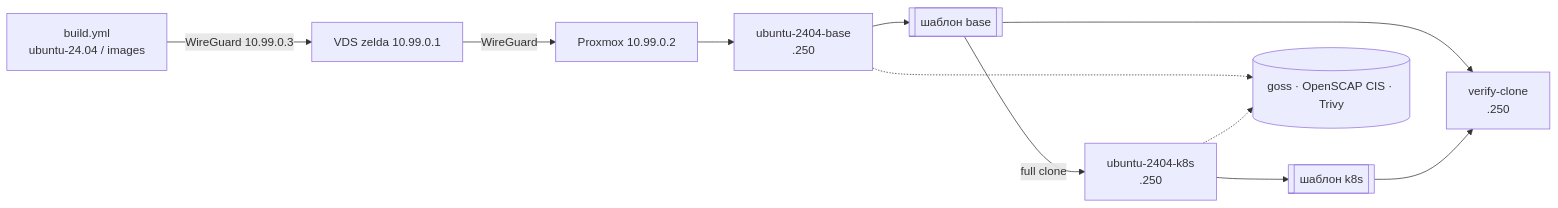
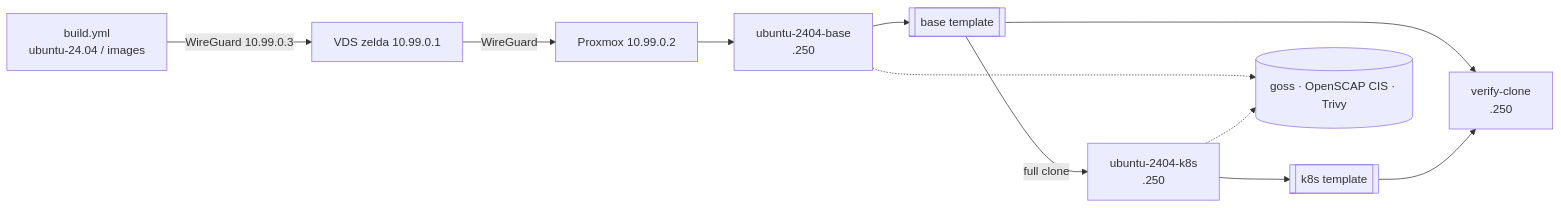
The diagram in README.md (sogeor/images), drawn with Mermaid before and after one commit. The commit also changed other lines of this file and 11 other files, not shown here.

````diff
--- a/README.md
+++ b/README.md
@@ -18,11 +18,11 @@
 ```mermaid
 flowchart LR
   B[build.yml<br/>ubuntu-24.04 / images] -->|WireGuard 10.99.0.3| E[VDS zelda 10.99.0.1]
   E -->|WireGuard| PVE[Proxmox 10.99.0.2]
   PVE --> BASE[ubuntu-2404-base<br/>.250]
-  BASE --> TB[[шаблон base]]
+  BASE --> TB[[base template]]
   TB -->|full clone| K8S[ubuntu-2404-k8s<br/>.250]
-  K8S --> TK[[шаблон k8s]]
+  K8S --> TK[[k8s template]]
   TB & TK --> VC[verify-clone<br/>.250]
   BASE & K8S -.-> R[(goss · OpenSCAP CIS · Trivy)]
 ```
````
